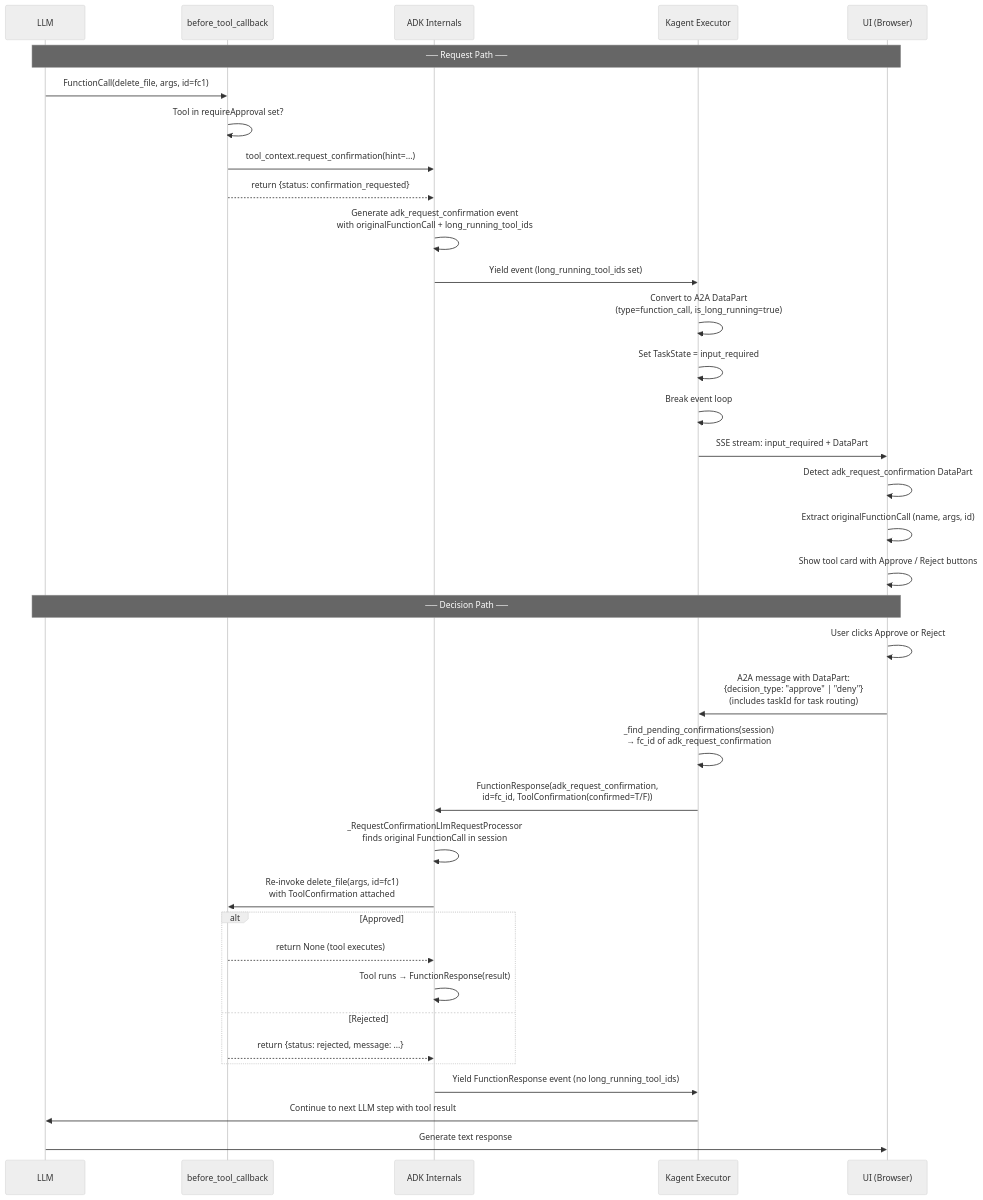
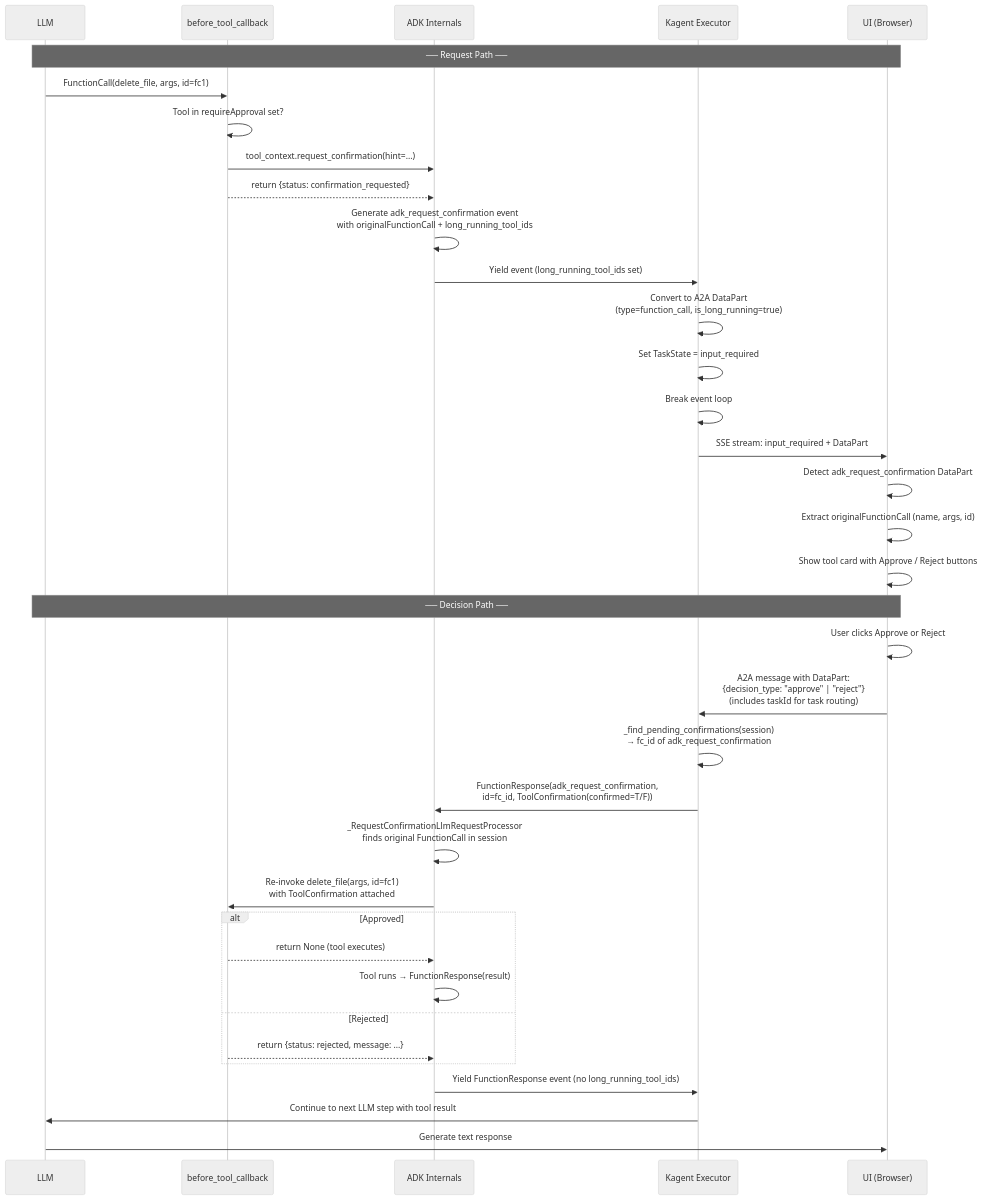
Before and after one commit to kagent-dev/kagent: the third of 4 diagrams in docs/architecture/human-in-the-loop.md, drawn with Mermaid (neutral theme). The commit also changed other lines of this file and 15 other files, not shown here.

````diff
--- a/docs/architecture/human-in-the-loop.md
+++ b/docs/architecture/human-in-the-loop.md
@@ -99,46 +97,46 @@
 ```mermaid
 sequenceDiagram
     participant LLM as LLM
     participant CB as before_tool_callback
     participant ADK as ADK Internals
     participant Exec as Kagent Executor
     participant UI as UI (Browser)
 
     Note over LLM, UI: ── Request Path ──
 
     LLM->>CB: FunctionCall(delete_file, args, id=fc1)
     CB->>CB: Tool in requireApproval set?
     CB->>ADK: tool_context.request_confirmation(hint=...)
     CB-->>ADK: return {status: confirmation_requested}
     ADK->>ADK: Generate adk_request_confirmation event<br/>with originalFunctionCall + long_running_tool_ids
     ADK->>Exec: Yield event (long_running_tool_ids set)
     Exec->>Exec: Convert to A2A DataPart<br/>(type=function_call, is_long_running=true)
     Exec->>Exec: Set TaskState = input_required
     Exec->>Exec: Break event loop
     Exec->>UI: SSE stream: input_required + DataPart
 
     UI->>UI: Detect adk_request_confirmation DataPart
     UI->>UI: Extract originalFunctionCall (name, args, id)
     UI->>UI: Show tool card with Approve / Reject buttons
 
     Note over LLM, UI: ── Decision Path ──
 
     UI->>UI: User clicks Approve or Reject
-    UI->>Exec: A2A message with DataPart:<br/>{decision_type: "approve" | "deny"}<br/>(includes taskId for task routing)
+    UI->>Exec: A2A message with DataPart:<br/>{decision_type: "approve" | "reject"}<br/>(includes taskId for task routing)
     Exec->>Exec: _find_pending_confirmations(session)<br/>→ fc_id of adk_request_confirmation
     Exec->>ADK: FunctionResponse(adk_request_confirmation,<br/>id=fc_id, ToolConfirmation(confirmed=T/F))
 
     ADK->>ADK: _RequestConfirmationLlmRequestProcessor<br/>finds original FunctionCall in session
     ADK->>CB: Re-invoke delete_file(args, id=fc1)<br/>with ToolConfirmation attached
 
     alt Approved
         CB-->>ADK: return None (tool executes)
         ADK->>ADK: Tool runs → FunctionResponse(result)
     else Rejected
         CB-->>ADK: return {status: rejected, message: ...}
     end
 
     ADK->>Exec: Yield FunctionResponse event (no long_running_tool_ids)
     Exec->>LLM: Continue to next LLM step with tool result
     LLM->>UI: Generate text response
 ```
````
